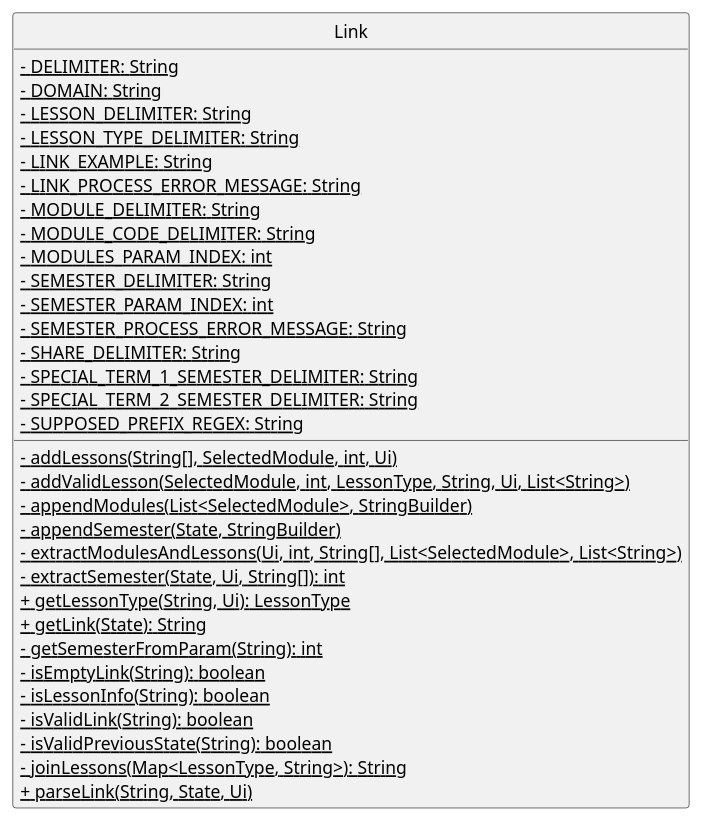
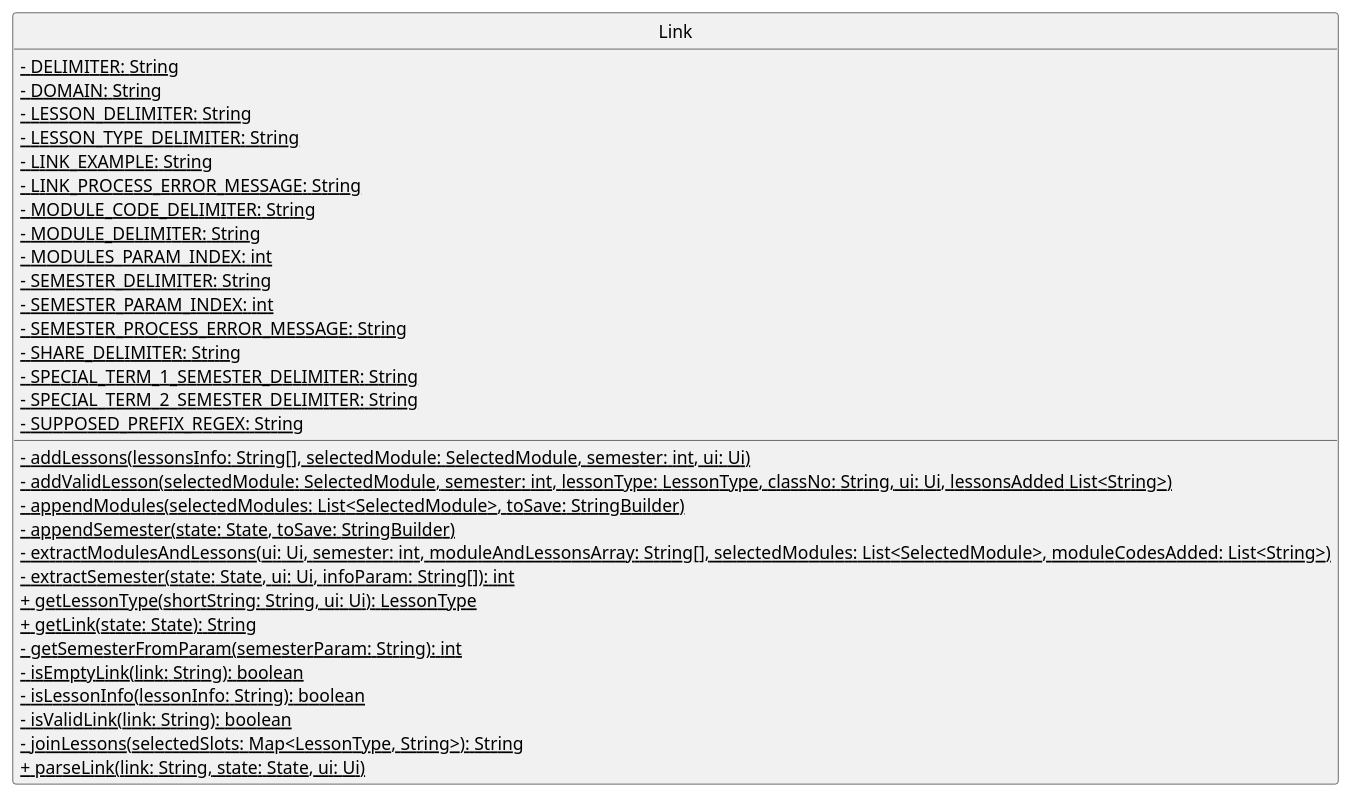
One commit to nus-cs2113-AY2223S1/tp changed the diagram in docs/UMLdiagrams/linkClass.puml. Above: the diagram before and after it, drawn with PlantUML. The commit also changed 10 other files, not shown here.

Commit message:
Update other class diagrams

```diff
--- a/docs/UMLdiagrams/linkClass.puml
+++ b/docs/UMLdiagrams/linkClass.puml
@@ -1,40 +1,39 @@
 @startuml
 'https://plantuml.com/class-diagram
 hide circle
 skinparam classAttributeIconSize 0
 
 class Link {
     <u>- DELIMITER: String
     <u>- DOMAIN: String
     <u>- LESSON_DELIMITER: String
     <u>- LESSON_TYPE_DELIMITER: String
     <u>- LINK_EXAMPLE: String
     <u>- LINK_PROCESS_ERROR_MESSAGE: String
+    <u>- MODULE_CODE_DELIMITER: String
     <u>- MODULE_DELIMITER: String
-    <u>- MODULE_CODE_DELIMITER: String
     <u>- MODULES_PARAM_INDEX: int
     <u>- SEMESTER_DELIMITER: String
     <u>- SEMESTER_PARAM_INDEX: int
     <u>- SEMESTER_PROCESS_ERROR_MESSAGE: String
     <u>- SHARE_DELIMITER: String
     <u>- SPECIAL_TERM_1_SEMESTER_DELIMITER: String
     <u>- SPECIAL_TERM_2_SEMESTER_DELIMITER: String
     <u>- SUPPOSED_PREFIX_REGEX: String
 
-    <u>- addLessons(String[], SelectedModule, int, Ui)
-    <u>- addValidLesson(SelectedModule, int, LessonType, String, Ui, List<String>)
-    <u>- appendModules(List<SelectedModule>, StringBuilder)
-    <u>- appendSemester(State, StringBuilder)
-    <u>- extractModulesAndLessons(Ui, int, String[], List<SelectedModule>, List<String>)
-    <u>- extractSemester(State, Ui, String[]): int
-    <u>+ getLessonType(String, Ui): LessonType
-    <u>+ getLink(State): String
-    <u>- getSemesterFromParam(String): int
-    <u>- isEmptyLink(String): boolean
-    <u>- isLessonInfo(String): boolean
-    <u>- isValidLink(String): boolean
-    <u>- isValidPreviousState(String): boolean
-    <u>- joinLessons(Map<LessonType, String>): String
-    <u>+ parseLink(String, State, Ui)
+    <u>- addLessons(lessonsInfo: String[], selectedModule: SelectedModule, semester: int, ui: Ui)
+    <u>- addValidLesson(selectedModule: SelectedModule, semester: int, lessonType: LessonType, classNo: String, ui: Ui, lessonsAdded List<String>)
+    <u>- appendModules(selectedModules: List<SelectedModule>, toSave: StringBuilder)
+    <u>- appendSemester(state: State, toSave: StringBuilder)
+    <u>- extractModulesAndLessons(ui: Ui, semester: int, moduleAndLessonsArray: String[], selectedModules: List<SelectedModule>, moduleCodesAdded: List<String>)
+    <u>- extractSemester(state: State, ui: Ui, infoParam: String[]): int
+    <u>+ getLessonType(shortString: String, ui: Ui): LessonType
+    <u>+ getLink(state: State): String
+    <u>- getSemesterFromParam(semesterParam: String): int
+    <u>- isEmptyLink(link: String): boolean
+    <u>- isLessonInfo(lessonInfo: String): boolean
+    <u>- isValidLink(link: String): boolean
+    <u>- joinLessons(selectedSlots: Map<LessonType, String>): String
+    <u>+ parseLink(link: String, state: State, ui: Ui)
 }
 @enduml
```
